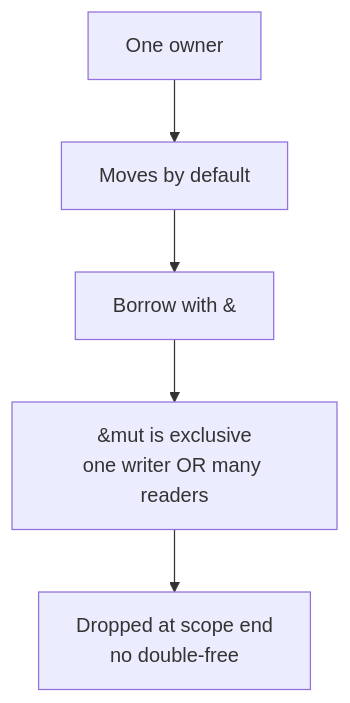
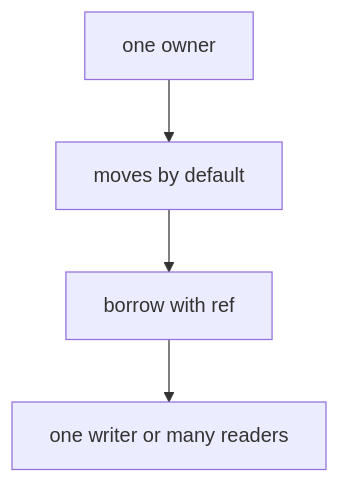
The diagram in Development/Programming-Languages/Rust.md (444Nazky/My-Vault), drawn with Mermaid before and after one commit. The commit also changed other lines of this file and 7 other files, not shown here.

````diff
--- a/Development/Programming-Languages/Rust.md
+++ b/Development/Programming-Languages/Rust.md
@@ -22,7 +21,6 @@
 ```mermaid
 flowchart TD
-    OWN[One owner] --> MOVE[Moves by default]
-    MOVE --> BOR[Borrow with &]
-    BOR --> MUT[&mut is exclusive<br/>one writer OR many readers]
-    MUT --> DROP[Dropped at scope end<br/>no double-free]
+    OWN["one owner"] --> MOV["moves by default"]
+    MOV --> BOR["borrow with ref"]
+    BOR --> RULE["one writer or many readers"]
 ```
````
